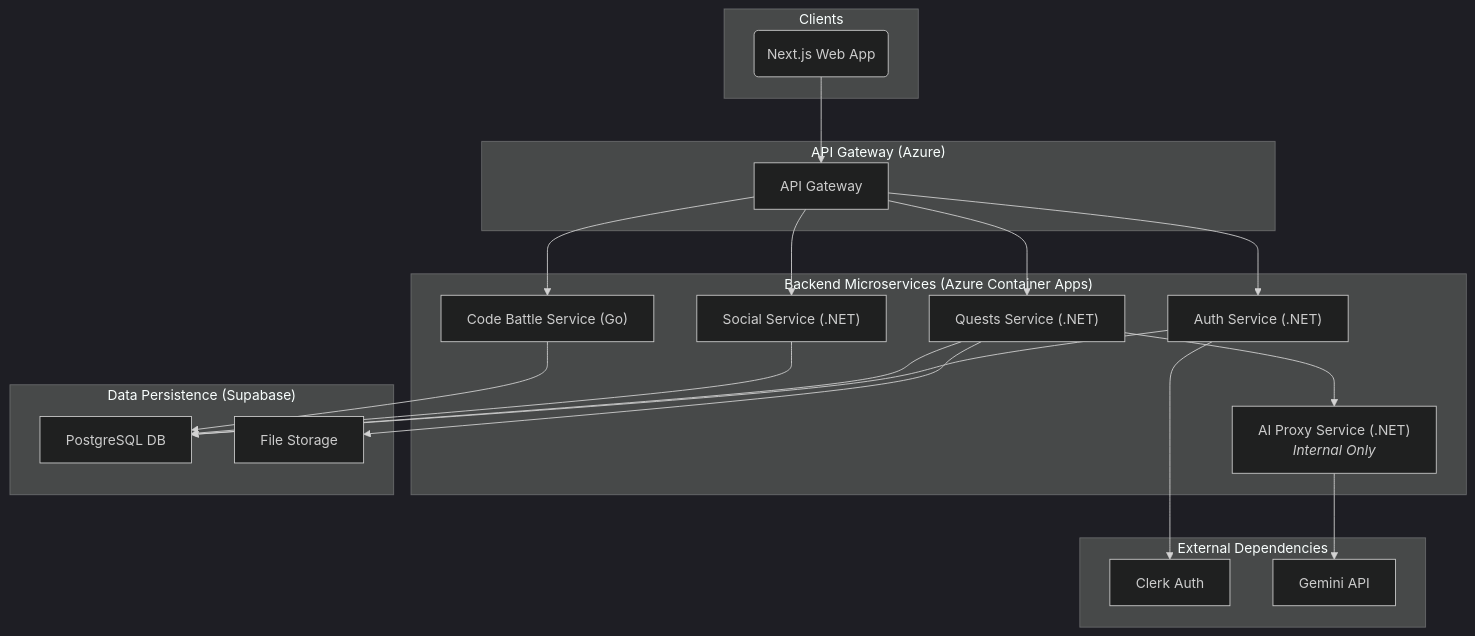
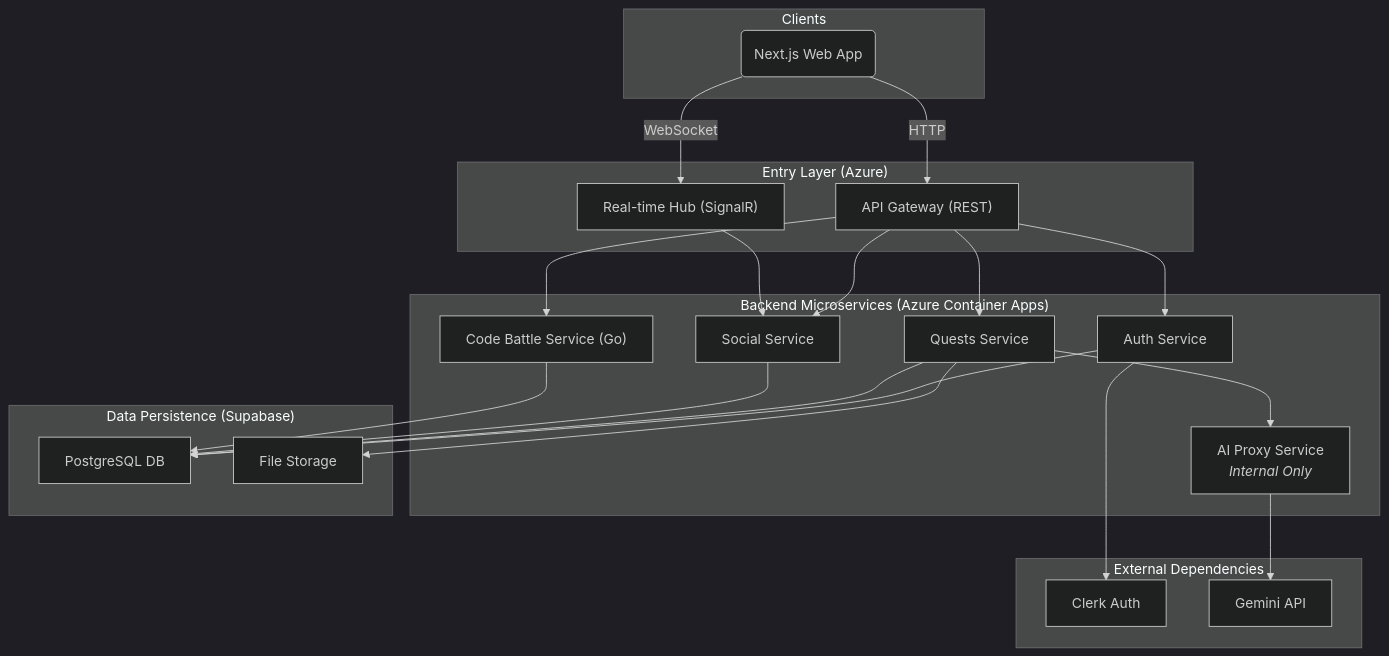
Before and after one commit to FA25SE050-RogueLearn/RogueLearn.BMAD.Documentation: the second of 3 diagrams in docs/fullstack-architecture.md, drawn with Mermaid (dark theme). The commit also changed other lines of this file and 1 other file, not shown here.

Commit message:
fix architecture files

````diff
--- a/docs/fullstack-architecture.md
+++ b/docs/fullstack-architecture.md
@@ -736,48 +772,52 @@
 ```mermaid
 graph TD
     subgraph "Clients"
         WebApp("Next.js Web App")
     end
 
-    subgraph "API Gateway (Azure)"
-        Gateway["API Gateway"]
+    subgraph "Entry Layer (Azure)"
+        Gateway["API Gateway (REST)"]
+        Realtime["Real-time Hub (SignalR)"]
     end
 
     subgraph "Backend Microservices (Azure Container Apps)"
-        Auth["Auth Service (.NET)"]
-        Quests["Quests Service (.NET)"]
-        Social["Social Service (.NET)"]
+        Auth["Auth Service"]
+        Quests["Quests Service"]
+        Social["Social Service"]
         CodeBattle["Code Battle Service (Go)"]
-        AIProxy["AI Proxy Service (.NET)<br/><em>Internal Only</em>"]
+        AIProxy["AI Proxy Service<br/><em>Internal Only</em>"]
     end
 
     subgraph "External Dependencies"
         Clerk["Clerk Auth"]
         Gemini["Gemini API"]
     end
 
     subgraph "Data Persistence (Supabase)"
         DB["PostgreSQL DB"]
         Store["File Storage"]
     end
 
-    WebApp --> Gateway
+    WebApp -- HTTP --> Gateway
+    WebApp -- WebSocket --> Realtime
     
     Gateway --> Auth
     Gateway --> Quests
     Gateway --> Social
     Gateway --> CodeBattle
+
+    Realtime --> Social
 
     Auth --> Clerk
     Auth --> DB
     
     Quests --> AIProxy
     Quests --> DB
     Quests --> Store
     
     Social --> DB
     
     CodeBattle --> DB
 
     AIProxy --> Gemini
 ```
````
